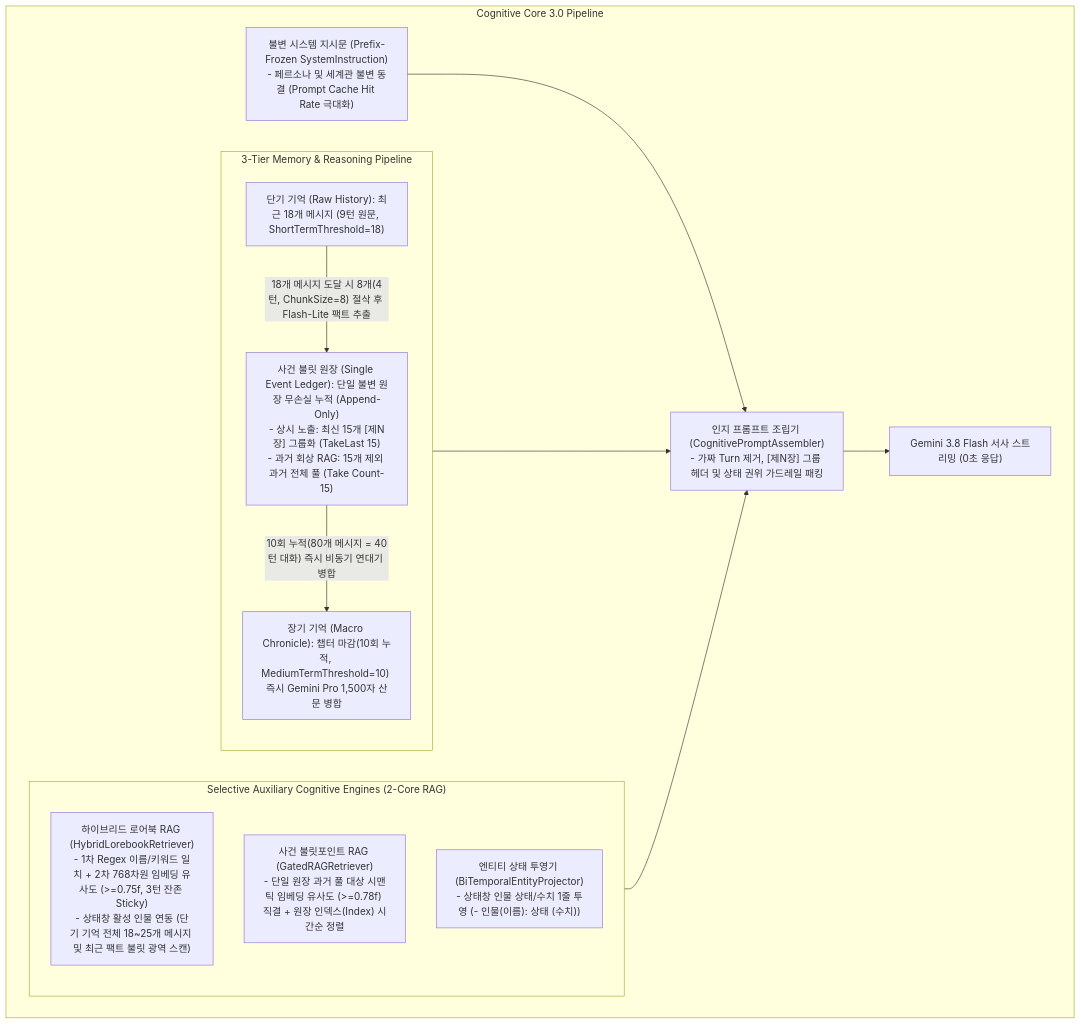
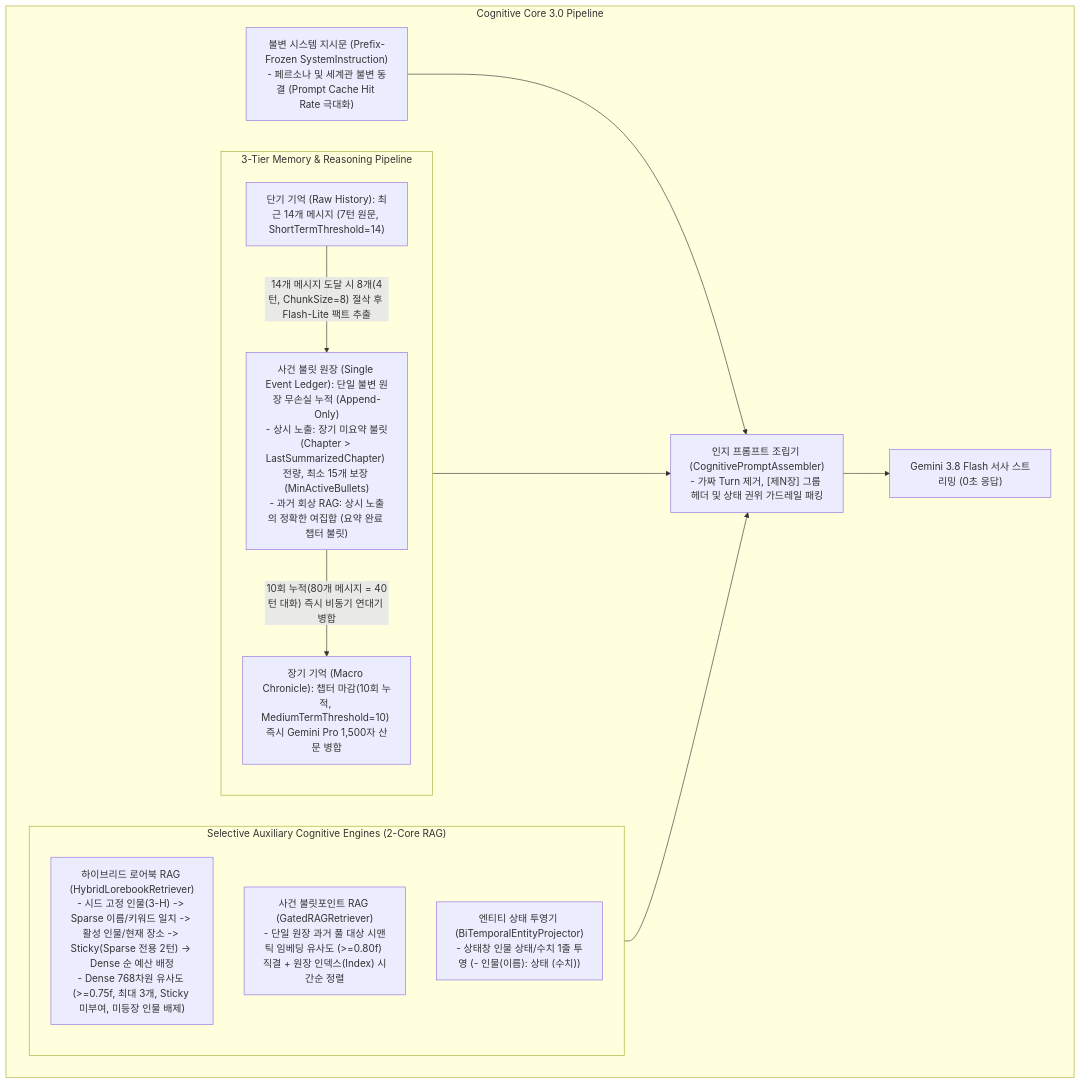
The first of 3 diagrams in GRC/docs/01_grc_architecture.md (jin20203458/Obsidian.Agent), drawn with Mermaid before and after one commit. The commit also changed other lines of this file and 10 other files, not shown here.

````diff
--- a/GRC/docs/01_grc_architecture.md
+++ b/GRC/docs/01_grc_architecture.md
@@ -36,28 +36,28 @@
 ```mermaid
 flowchart TB
     subgraph COGNITIVE_CORE ["Cognitive Core 3.0 Pipeline"]
         SYS["불변 시스템 지시문 (Prefix-Frozen SystemInstruction)<br>- 페르소나 및 세계관 불변 동결 (Prompt Cache Hit Rate 극대화)"]
         
         subgraph TIERS ["3-Tier Memory & Reasoning Pipeline"]
-            M1["단기 기억 (Raw History): 최근 18개 메시지 (9턴 원문, ShortTermThreshold=18)"]
-            M2["사건 불릿 원장 (Single Event Ledger): 단일 불변 원장 무손실 누적 (Append-Only)<br>- 상시 노출: 최신 15개 [제N장] 그룹화 (TakeLast 15)<br>- 과거 회상 RAG: 15개 제외 과거 전체 풀 (Take Count-15)"]
+            M1["단기 기억 (Raw History): 최근 14개 메시지 (7턴 원문, ShortTermThreshold=14)"]
+            M2["사건 불릿 원장 (Single Event Ledger): 단일 불변 원장 무손실 누적 (Append-Only)<br>- 상시 노출: 장기 미요약 불릿(Chapter > LastSummarizedChapter) 전량, 최소 15개 보장 (MinActiveBullets)<br>- 과거 회상 RAG: 상시 노출의 정확한 여집합 (요약 완료 챕터 불릿)"]
             M3["장기 기억 (Macro Chronicle): 챕터 마감(10회 누적, MediumTermThreshold=10) 즉시 Gemini Pro 1,500자 산문 병합"]
             
-            M1 -->|"18개 메시지 도달 시 8개(4턴, ChunkSize=8) 절삭 후 Flash-Lite 팩트 추출"| M2
+            M1 -->|"14개 메시지 도달 시 8개(4턴, ChunkSize=8) 절삭 후 Flash-Lite 팩트 추출"| M2
             M2 -->|"10회 누적(80개 메시지 = 40턴 대화) 즉시 비동기 연대기 병합"| M3
         end
         
         subgraph AUXILIARY ["Selective Auxiliary Cognitive Engines (2-Core RAG)"]
-            HL["하이브리드 로어북 RAG (HybridLorebookRetriever)<br>- 1차 Regex 이름/키워드 일치 + 2차 768차원 임베딩 유사도 (>=0.75f, 3턴 잔존 Sticky)<br>- 상태창 활성 인물 연동 (단기 기억 전체 18~25개 메시지 및 최근 팩트 불릿 광역 스캔)"]
-            GR["사건 불릿포인트 RAG (GatedRAGRetriever)<br>- 단일 원장 과거 풀 대상 시맨틱 임베딩 유사도 (>=0.78f) 직결 + 원장 인덱스(Index) 시간순 정렬"]
+            HL["하이브리드 로어북 RAG (HybridLorebookRetriever)<br>- 시드 고정 인물(3-H) -> Sparse 이름/키워드 일치 -> 활성 인물/현재 장소 -> Sticky(Sparse 전용 2턴) -> Dense 순 예산 배정<br>- Dense 768차원 유사도 (>=0.75f, 최대 3개, Sticky 미부여, 미등장 인물 배제)"]
+            GR["사건 불릿포인트 RAG (GatedRAGRetriever)<br>- 단일 원장 과거 풀 대상 시맨틱 임베딩 유사도 (>=0.80f) 직결 + 원장 인덱스(Index) 시간순 정렬"]
             BP["엔티티 상태 투영기 (BiTemporalEntityProjector)<br>- 상태창 인물 상태/수치 1줄 투영 (- 인물(이름): 상태 (수치))"]
         end
         
         ASSEMBLER["인지 프롬프트 조립기 (CognitivePromptAssembler)<br>- 가짜 Turn 제거, [제N장] 그룹 헤더 및 상태 권위 가드레일 패킹"]
         
         SYS --> ASSEMBLER
         TIERS --> ASSEMBLER
         AUXILIARY --> ASSEMBLER
         ASSEMBLER --> LLM["Gemini 3.8 Flash 서사 스트리밍 (0초 응답)"]
     end
 ```
````
